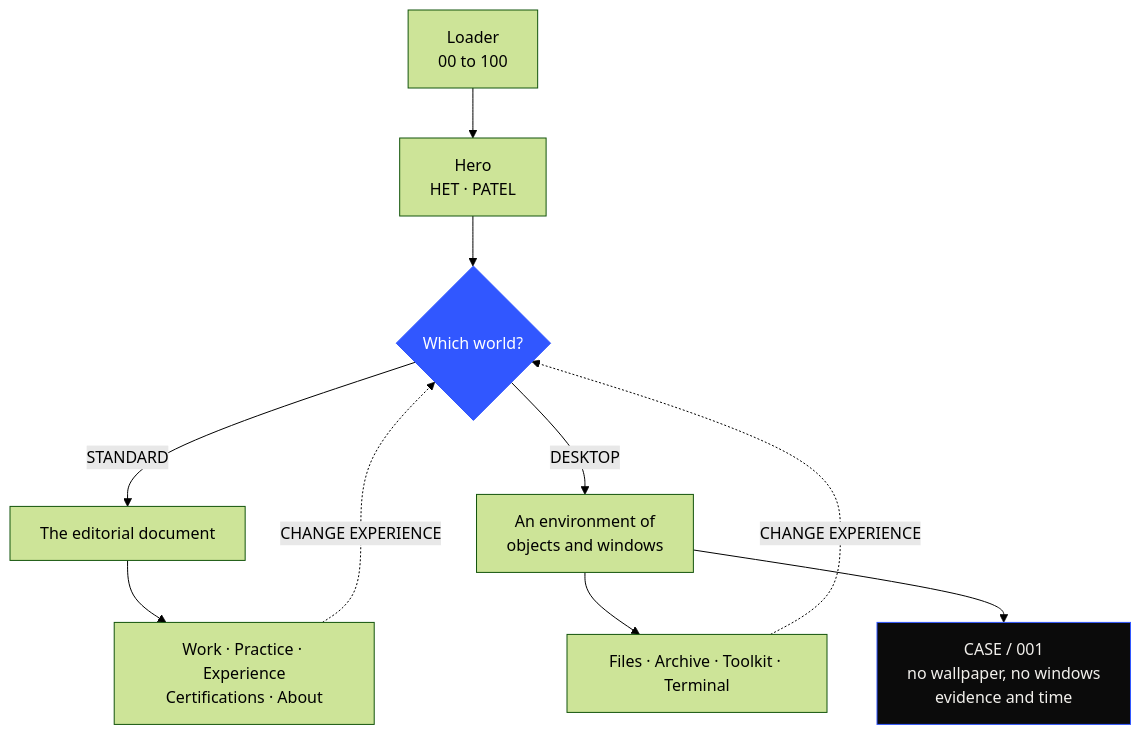
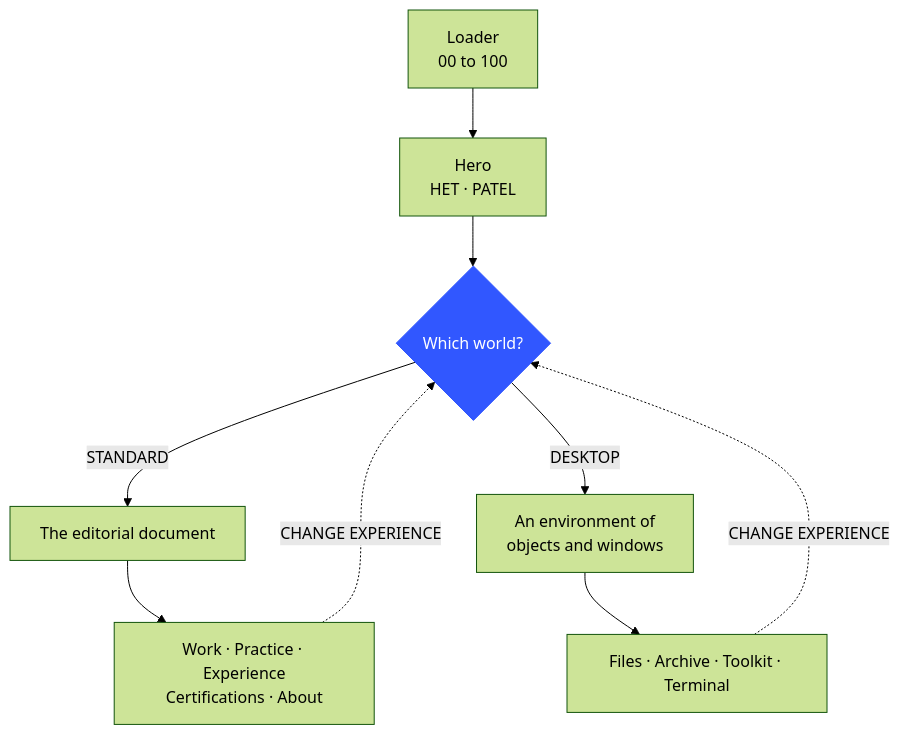
One commit to het-P301204/HETPATEL-Portfolio changed the first of 3 diagrams in README.md. Above: the diagram before and after it, drawn with Mermaid (forest theme). The commit also changed other lines of this file and 8 other files, not shown here.

````diff
--- a/README.md
+++ b/README.md
@@ -52,18 +52,16 @@
 ```mermaid
 flowchart TD
     L["Loader<br/>00 to 100"] --> H["Hero<br/>HET · PATEL"]
     H --> Q{"Which world?"}
 
     Q -->|"STANDARD"| S["The editorial document"]
     Q -->|"DESKTOP"| D["An environment of<br/>objects and windows"]
 
     S --> S1["Work · Practice · Experience<br/>Certifications · About"]
     D --> D1["Files · Archive · Toolkit · Terminal"]
-    D --> C["CASE / 001<br/>no wallpaper, no windows<br/>evidence and time"]
 
     S1 -.->|"CHANGE EXPERIENCE"| Q
     D1 -.->|"CHANGE EXPERIENCE"| Q
 
     style Q fill:#3157ff,stroke:#3157ff,color:#fff
-    style C fill:#0b0b0b,stroke:#3157ff,color:#f2f0ec
 ```
````
